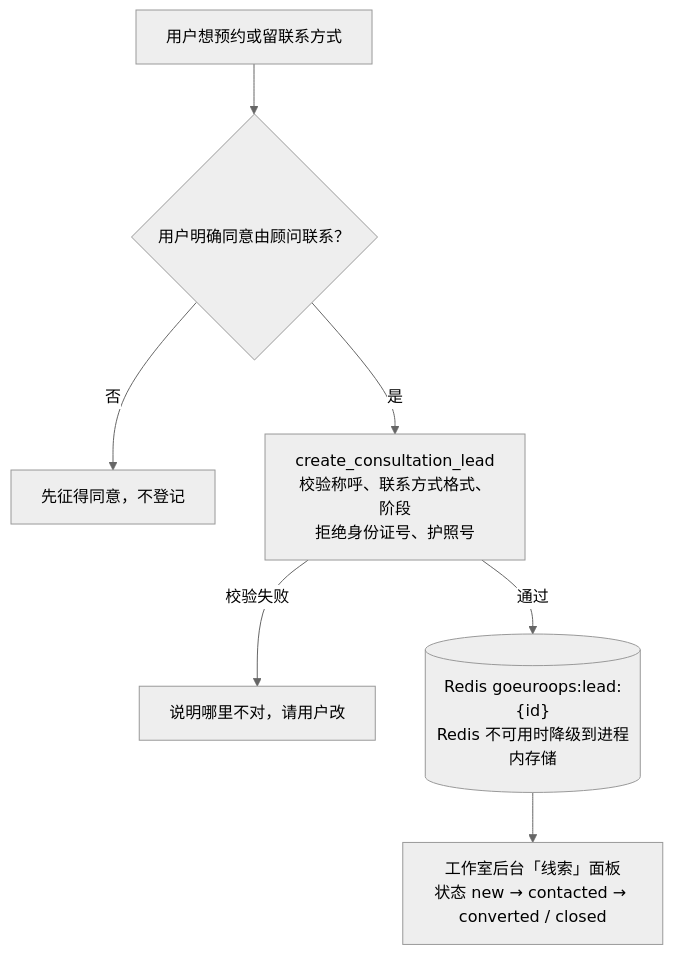
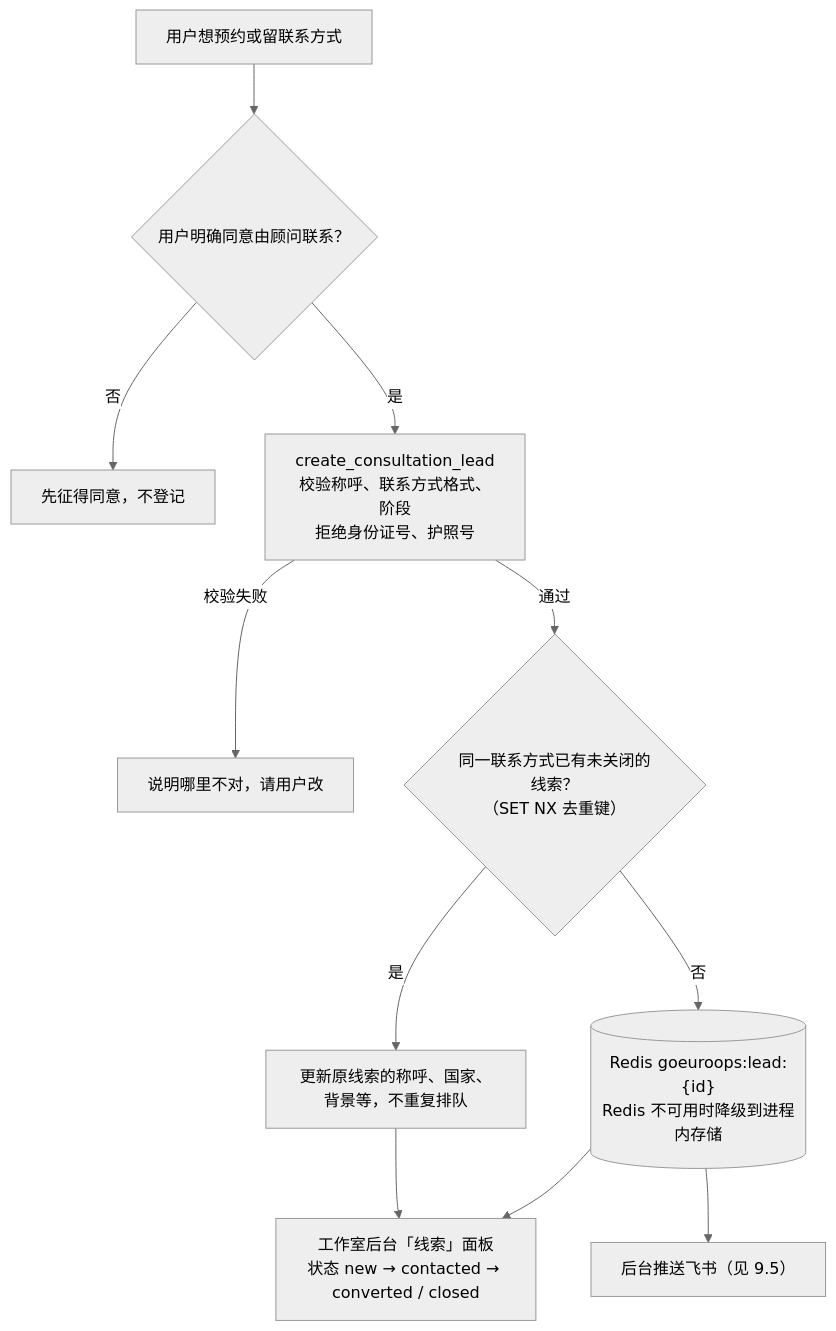
Before and after one commit to 44sunsetsf/GoEuroOps: the ninth of 16 diagrams in docs/ARCHITECTURE.md, drawn with Mermaid (neutral theme). The commit also changed other lines of this file and 23 other files, not shown here.

````diff
--- a/docs/ARCHITECTURE.md
+++ b/docs/ARCHITECTURE.md
@@ -403,9 +403,13 @@
 ```mermaid
 flowchart TD
     a[用户想预约或留联系方式] --> b{用户明确同意由顾问联系？}
     b -->|否| c[先征得同意，不登记]
     b -->|是| d["create_consultation_lead<br/>校验称呼、联系方式格式、阶段<br/>拒绝身份证号、护照号"]
     d -->|校验失败| e[说明哪里不对，请用户改]
-    d -->|通过| f[("Redis goeuroops:lead:{id}<br/>Redis 不可用时降级到进程内存储")]
+    d -->|通过| k{"同一联系方式已有未关闭的线索？<br/>（SET NX 去重键）"}
+    k -->|是| l[更新原线索的称呼、国家、背景等，不重复排队]
+    k -->|否| f[("Redis goeuroops:lead:{id}<br/>Redis 不可用时降级到进程内存储")]
     f --> g[工作室后台「线索」面板<br/>状态 new → contacted → converted / closed]
+    l --> g
+    f --> n[后台推送飞书（见 9.5）]
 ```
````
